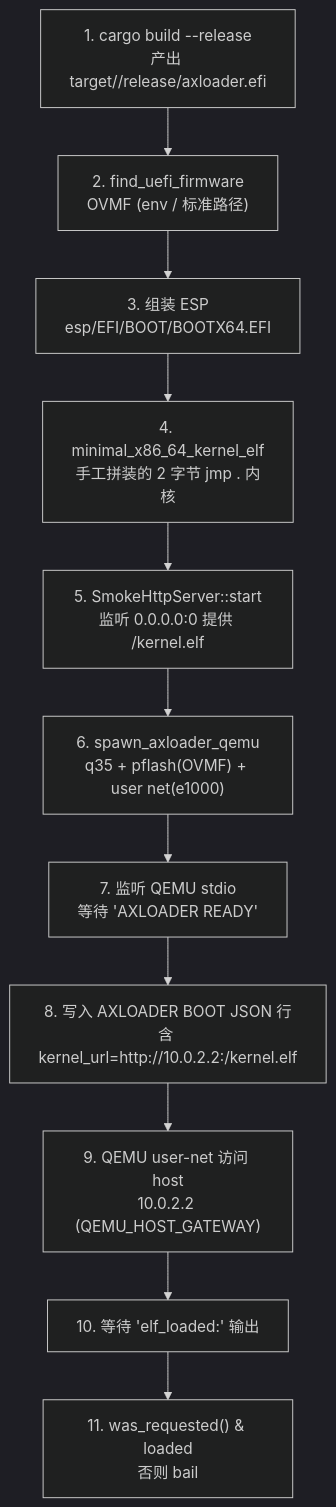
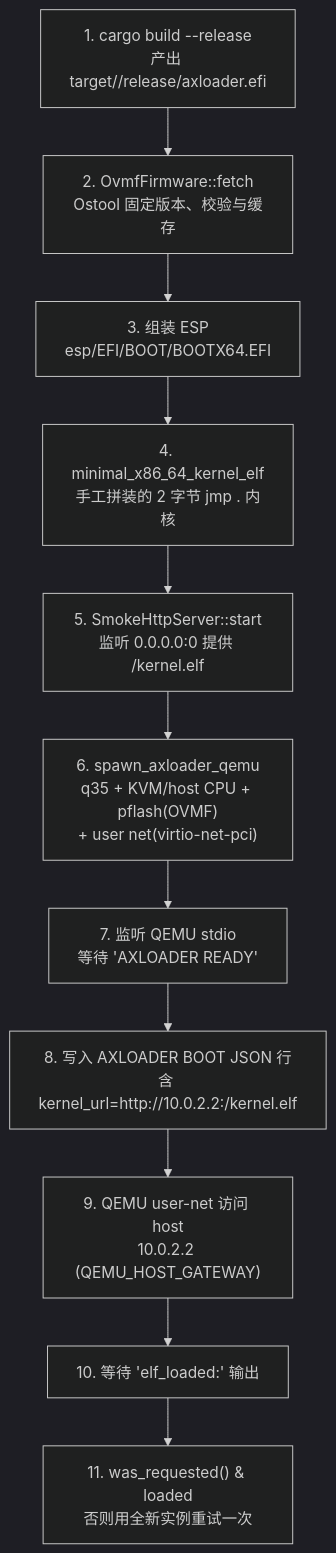
Before and after one commit to qcl-kernel/tgoskits-liangce: the diagram in 阶段性验收/02-源码快照/tgoskits/docs/docs/build/axloader.md, drawn with Mermaid (dark theme). The commit also changed other lines of this file and 5368 other files, not shown here.

````diff
--- a/阶段性验收/02-源码快照/tgoskits/docs/docs/build/axloader.md
+++ b/阶段性验收/02-源码快照/tgoskits/docs/docs/build/axloader.md
@@ -30,16 +30,16 @@
 ```mermaid
 flowchart TB
     BUILD["1. cargo build --release<br/>产出 target/<uefi>/release/axloader.efi"]
-    FW["2. find_uefi_firmware<br/>OVMF (env / 标准路径)"]
+    FW["2. OvmfFirmware::fetch<br/>Ostool 固定版本、校验与缓存"]
     ESP["3. 组装 ESP<br/>esp/EFI/BOOT/BOOTX64.EFI"]
     KERNEL["4. minimal_x86_64_kernel_elf<br/>手工拼装的 2 字节 jmp . 内核"]
     HTTP["5. SmokeHttpServer::start<br/>监听 0.0.0.0:0 提供 /kernel.elf"]
-    QEMU["6. spawn_axloader_qemu<br/>q35 + pflash(OVMF) + user net(e1000)"]
+    QEMU["6. spawn_axloader_qemu<br/>q35 + KVM/host CPU + pflash(OVMF)<br/>+ user net(virtio-net-pci)"]
     SERIAL["7. 监听 QEMU stdio<br/>等待 'AXLOADER READY'"]
     BOOT["8. 写入 AXLOADER BOOT JSON 行<br/>含 kernel_url=http://10.0.2.2:<port>/kernel.elf"]
     FETCH["9. QEMU user-net 访问 host<br/>10.0.2.2 (QEMU_HOST_GATEWAY)"]
     LOAD["10. 等待 'elf_loaded:' 输出"]
-    CHECK["11. was_requested() & loaded<br/>否则 bail"]
+    CHECK["11. was_requested() & loaded<br/>否则用全新实例重试一次"]
 
     BUILD --> FW --> ESP --> KERNEL --> HTTP --> QEMU --> SERIAL --> BOOT --> FETCH --> LOAD --> CHECK
 ```
````
